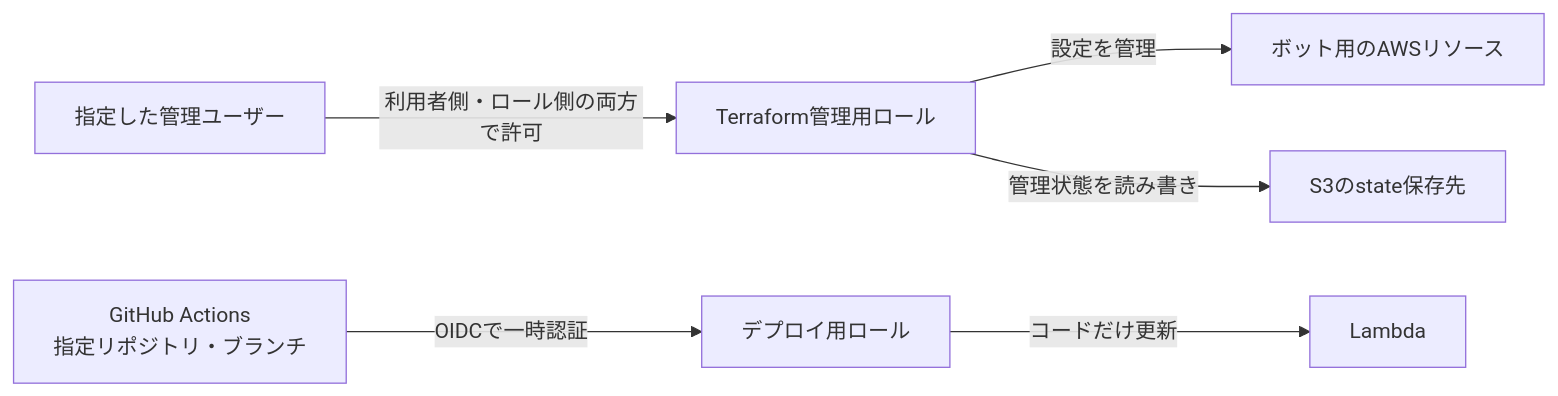
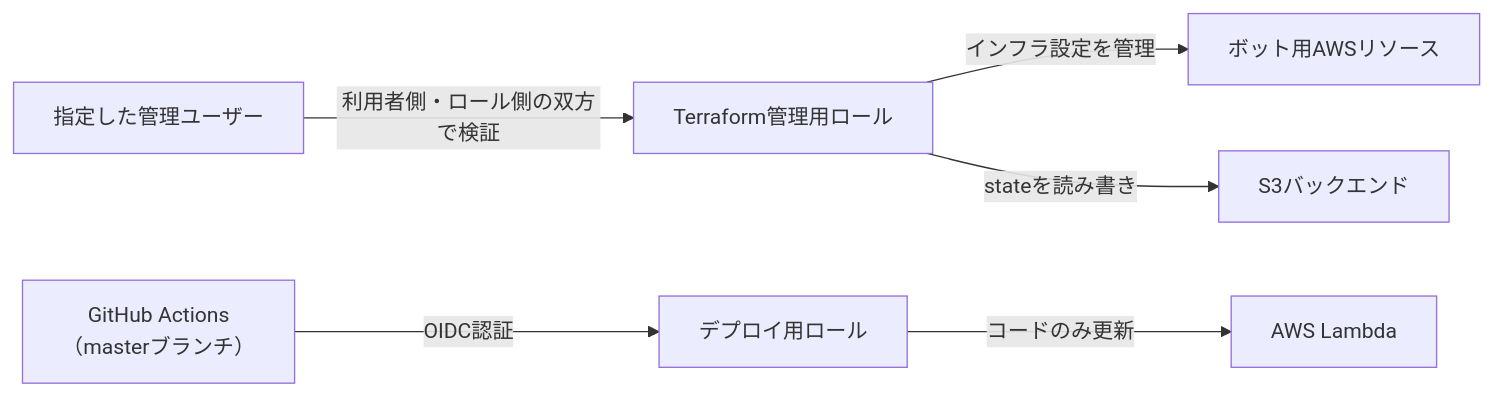
The first of 2 diagrams in infra/README.md (shin4488/MlbBot), drawn with Mermaid before and after one commit. The commit also changed other lines of this file and 2 other files, not shown here.

````diff
--- a/infra/README.md
+++ b/infra/README.md
@@ -30,8 +30,8 @@
 ```mermaid
 flowchart LR
-    U["指定した管理ユーザー"] -->|利用者側・ロール側の両方で許可| T["Terraform管理用ロール"]
-    T -->|設定を管理| A["ボット用のAWSリソース"]
-    T -->|管理状態を読み書き| S["S3のstate保存先"]
-    G["GitHub Actions<br>指定リポジトリ・ブランチ"] -->|OIDCで一時認証| D["デプロイ用ロール"]
-    D -->|コードだけ更新| L["Lambda"]
+    U["指定した管理ユーザー"] -->|利用者側・ロール側の双方で検証| T["Terraform管理用ロール"]
+    T -->|インフラ設定を管理| A["ボット用AWSリソース"]
+    T -->|stateを読み書き| S["S3バックエンド"]
+    G["GitHub Actions<br>（masterブランチ）"] -->|OIDC認証| D["デプロイ用ロール"]
+    D -->|コードのみ更新| L["AWS Lambda"]
 ```
````
